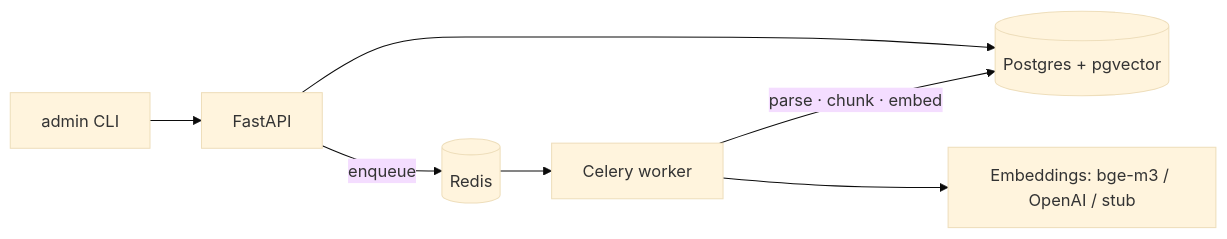
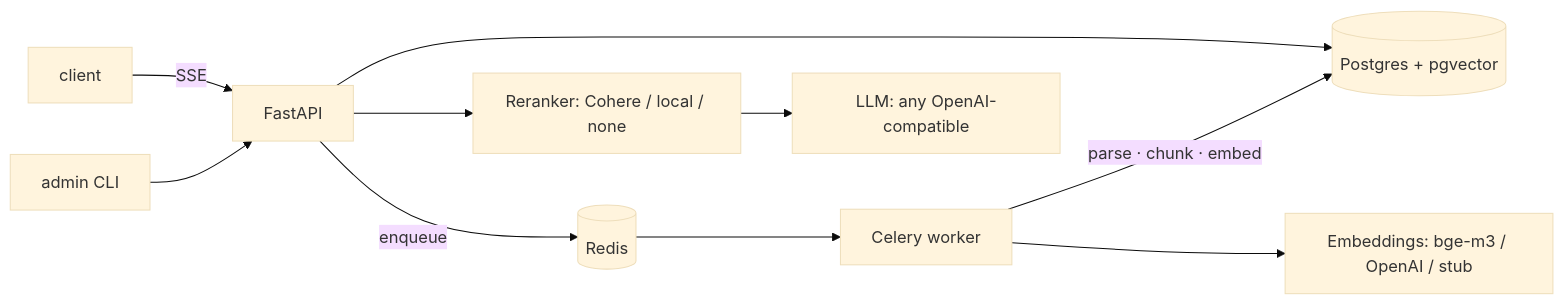
The diagram in README.md (Hortenh1x/docqa), drawn with Mermaid (base theme) before and after one commit. The commit also changed other lines of this file and 1 other file, not shown here.

````diff
--- a/README.md
+++ b/README.md
@@ -22,9 +31,11 @@
 ```mermaid
 flowchart LR
-  CLI[admin CLI] --> API[FastAPI]
+  UI[client] -->|SSE| API[FastAPI]
+  CLI[admin CLI] --> API
   API --> PG[(Postgres + pgvector)]
   API -->|enqueue| R[(Redis)]
   R --> W[Celery worker]
   W -->|parse · chunk · embed| PG
   W --> EMB[Embeddings: bge-m3 / OpenAI / stub]
+  API --> RER[Reranker: Cohere / local / none] --> LLM[LLM: any OpenAI-compatible]
 ```
````
